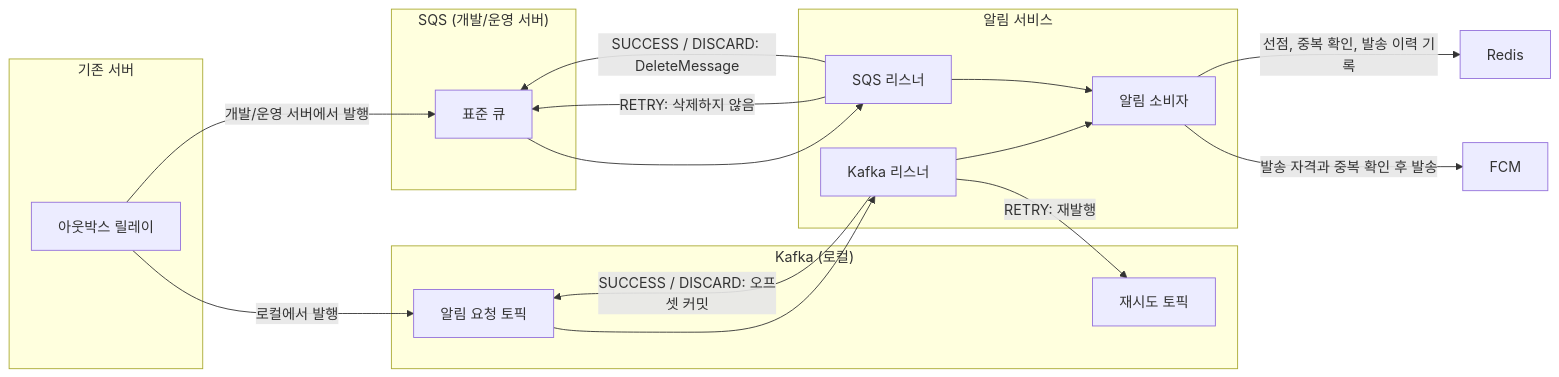
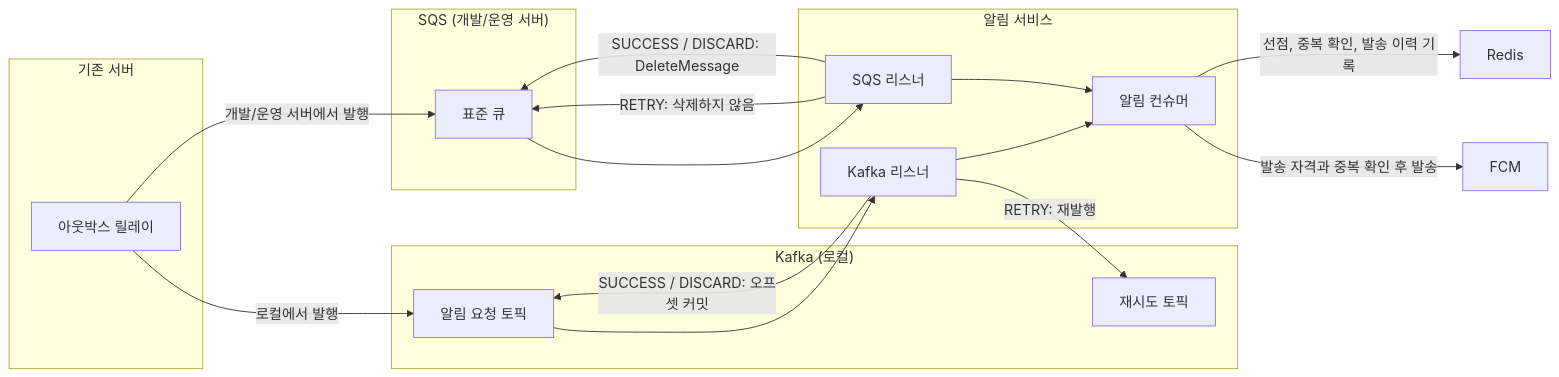
The diagram in src/content/posts/notification-kafka-sqs-comparison.md (kangkyunghyun/kangkyunghyun.github.io), drawn with Mermaid before and after one commit. The commit also changed other lines of this file, not shown here.

Commit message:
Post: 알림 비교 글의 소비자 표기를 컨슈머로 통일

````diff
--- a/src/content/posts/notification-kafka-sqs-comparison.md
+++ b/src/content/posts/notification-kafka-sqs-comparison.md
@@ -32,29 +32,29 @@
 ```mermaid
 flowchart LR
     subgraph SERVER["기존 서버"]
         A["아웃박스 릴레이"]
     end
     subgraph KAFKA["Kafka (로컬)"]
         K["알림 요청 토픽"]
         KT["재시도 토픽"]
     end
     subgraph SQS["SQS (개발/운영 서버)"]
         S["표준 큐"]
     end
     subgraph NOTIFICATION["알림 서비스"]
-        KL["Kafka 리스너"] --> C["알림 소비자"]
+        KL["Kafka 리스너"] --> C["알림 컨슈머"]
         SL["SQS 리스너"] --> C
     end
     R["Redis"]
     F["FCM"]
     A -->|"로컬에서 발행"| K
     A -->|"개발/운영 서버에서 발행"| S
     K --> KL
     S --> SL
     C -->|"선점, 중복 확인, 발송 이력 기록"| R
     C -->|"발송 자격과 중복 확인 후 발송"| F
     KL -->|"RETRY: 재발행"| KT
     SL -->|"RETRY: 삭제하지 않음"| S
     KL -->|"SUCCESS / DISCARD: 오프셋 커밋"| K
     SL -->|"SUCCESS / DISCARD: DeleteMessage"| S
 ```
````
